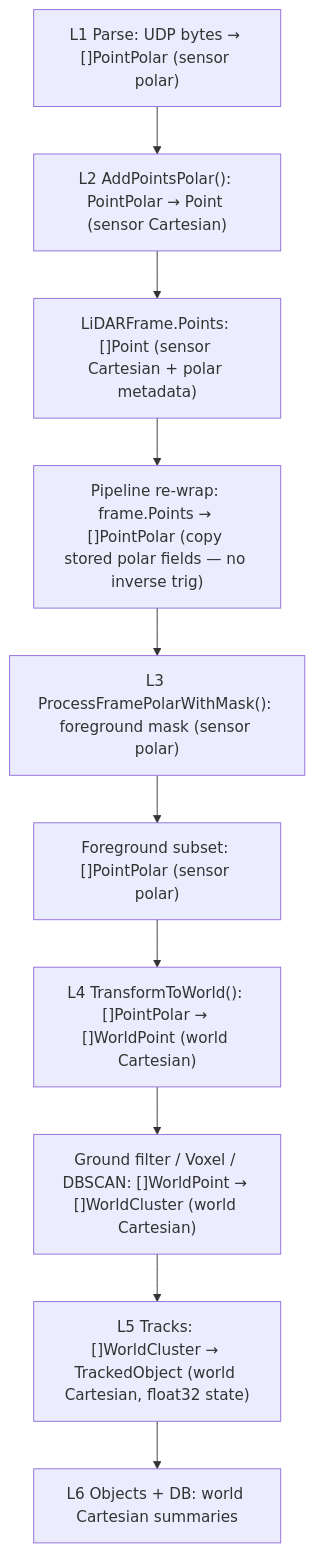
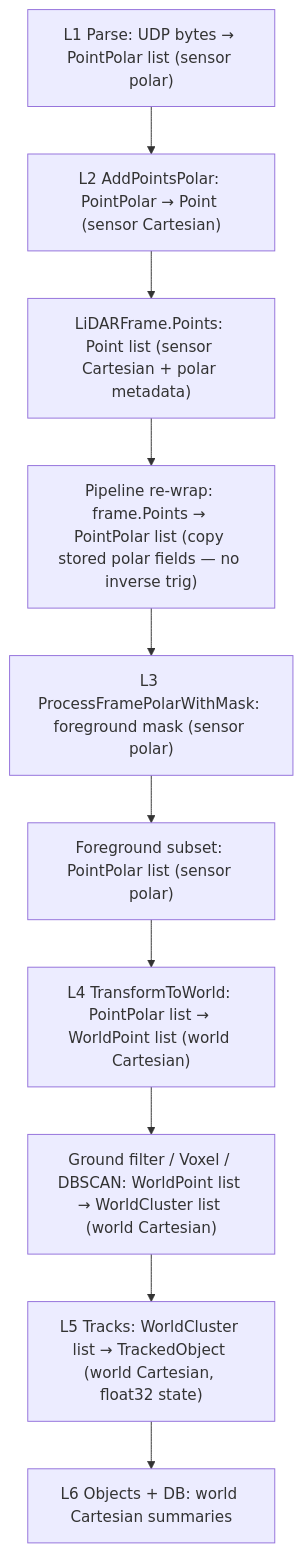
One commit to banshee-data/velocity.report changed the first of 2 diagrams in docs/lidar/architecture/coordinate-flow-audit.md. Above: the diagram before and after it, drawn with Mermaid. The commit also changed other lines of this file and 1 other file, not shown here.

Commit message:
docs: update flowchart labels for clarity in LiDAR architecture documentation

````diff
--- a/docs/lidar/architecture/coordinate-flow-audit.md
+++ b/docs/lidar/architecture/coordinate-flow-audit.md
@@ -35,12 +35,12 @@
 ```mermaid
 flowchart TD
-    A["L1 Parse: UDP bytes → []PointPolar (sensor polar)"] --> B["L2 AddPointsPolar(): PointPolar → Point (sensor Cartesian)"]
-    B --> C["LiDARFrame.Points: []Point (sensor Cartesian + polar metadata)"]
-    C --> D["Pipeline re-wrap: frame.Points → []PointPolar (copy stored polar fields — no inverse trig)"]
-    D --> E["L3 ProcessFramePolarWithMask(): foreground mask (sensor polar)"]
-    E --> F["Foreground subset: []PointPolar (sensor polar)"]
-    F --> G["L4 TransformToWorld(): []PointPolar → []WorldPoint (world Cartesian)"]
-    G --> H["Ground filter / Voxel / DBSCAN: []WorldPoint → []WorldCluster (world Cartesian)"]
-    H --> I["L5 Tracks: []WorldCluster → TrackedObject (world Cartesian, float32 state)"]
+    A["L1 Parse: UDP bytes → PointPolar list (sensor polar)"] --> B["L2 AddPointsPolar: PointPolar → Point (sensor Cartesian)"]
+    B --> C["LiDARFrame.Points: Point list (sensor Cartesian + polar metadata)"]
+    C --> D["Pipeline re-wrap: frame.Points → PointPolar list (copy stored polar fields — no inverse trig)"]
+    D --> E["L3 ProcessFramePolarWithMask: foreground mask (sensor polar)"]
+    E --> F["Foreground subset: PointPolar list (sensor polar)"]
+    F --> G["L4 TransformToWorld: PointPolar list → WorldPoint list (world Cartesian)"]
+    G --> H["Ground filter / Voxel / DBSCAN: WorldPoint list → WorldCluster list (world Cartesian)"]
+    H --> I["L5 Tracks: WorldCluster list → TrackedObject (world Cartesian, float32 state)"]
     I --> J["L6 Objects + DB: world Cartesian summaries"]
 ```
````
